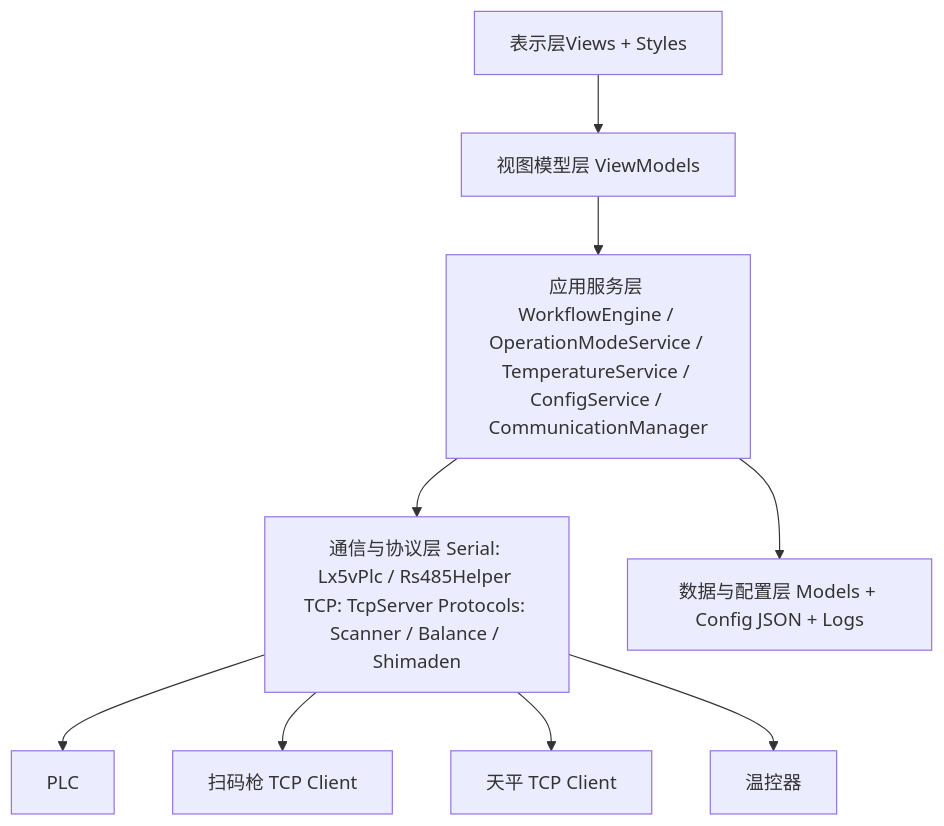
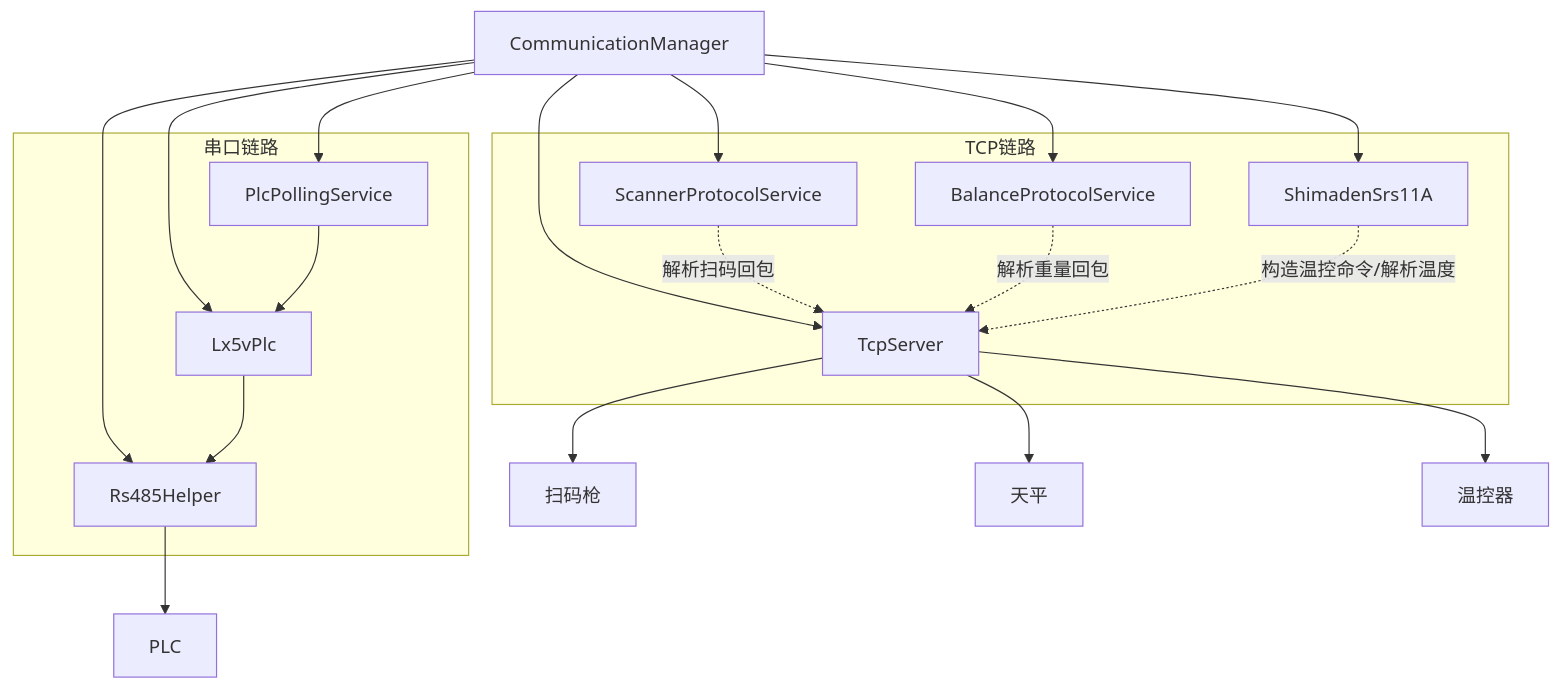
One commit to cf1010992647-commits/DMSJ-Blood changed the fifth of 6 diagrams in docs/Blood Alcohol 软件架构.md. Above: the diagram before and after it, drawn with Mermaid. The commit also changed other lines of this file and 4 other files, not shown here.

````diff
--- a/docs/Blood Alcohol 软件架构.md
+++ b/docs/Blood Alcohol 软件架构.md
@@ -15,12 +274,41 @@
 ```mermaid
 flowchart TB
-    UI[表示层Views + Styles] --> VM[视图模型层 ViewModels]
-    VM --> SVC[应用服务层 WorkflowEngine / OperationModeService / TemperatureService / ConfigService / CommunicationManager]
-    SVC --> COMM[通信与协议层 Serial: Lx5vPlc / Rs485Helper TCP: TcpServer Protocols: Scanner / Balance / Shimaden]
-    SVC --> DATA[数据与配置层 Models + Config JSON + Logs]
+    CommMgr[CommunicationManager]
 
-    COMM --> PLC[PLC]
-    COMM --> SCAN[扫码枪 TCP Client]
-    COMM --> BAL[天平 TCP Client]
-    COMM --> TEMP[温控器]
+    subgraph Serial[串口链路]
+        Rs485[Rs485Helper]
+        Plc[Lx5vPlc]
+        Polling[PlcPollingService]
+    end
+
+    subgraph TcpLayer[TCP链路]
+        Tcp[TcpServer]
+        Scanner[ScannerProtocolService]
+        Balance[BalanceProtocolService]
+        Shimaden[ShimadenSrs11A]
+    end
+
+    PLC[PLC]
+    ScanGun[扫码枪]
+    Scale[天平]
+    Temp[温控器]
+
+    CommMgr --> Rs485
+    CommMgr --> Plc
+    CommMgr --> Polling
+    CommMgr --> Tcp
+    CommMgr --> Scanner
+    CommMgr --> Balance
+    CommMgr --> Shimaden
+
+    Plc --> Rs485
+    Rs485 --> PLC
+    Polling --> Plc
+
+    Tcp --> ScanGun
+    Tcp --> Scale
+    Tcp --> Temp
+    Scanner -.解析扫码回包.-> Tcp
+    Balance -.解析重量回包.-> Tcp
+    Shimaden -.构造温控命令/解析温度.-> Tcp
 ```
````
